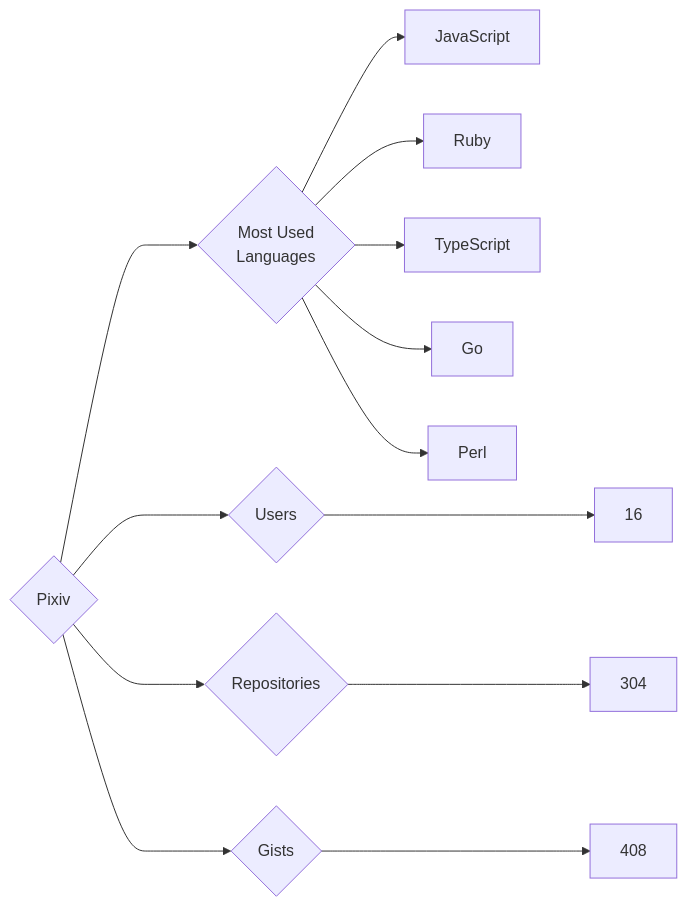
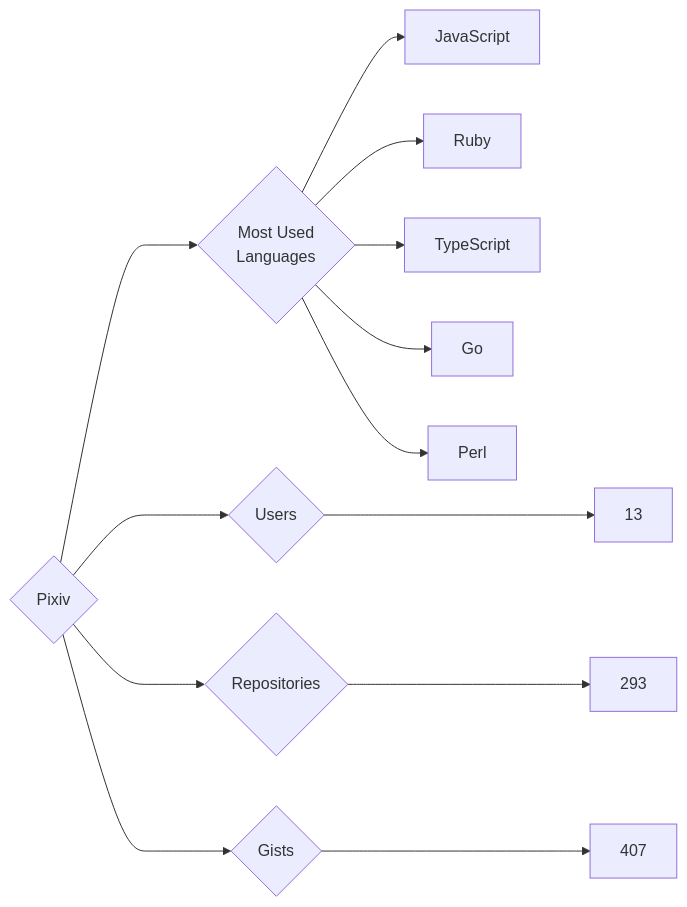
Before and after one commit to trickest/insiders: the diagram in targets/Pixiv/README.md, drawn with Mermaid. The commit also changed 939 other files, not shown here.

````diff
--- a/targets/Pixiv/README.md
+++ b/targets/Pixiv/README.md
@@ -3,13 +3,13 @@
 ```mermaid
 graph LR
 COMPANY_NAME{Pixiv}
-COMPANY_NAME ---> U{Users} ---> UN[16]
-COMPANY_NAME ---> R{Repositories} ---> RN[304]
-COMPANY_NAME ---> G{Gists} ---> GN[408]
+COMPANY_NAME ---> U{Users} ---> UN[13]
+COMPANY_NAME ---> R{Repositories} ---> RN[293]
+COMPANY_NAME ---> G{Gists} ---> GN[407]
 COMPANY_NAME ---> ML{Most Used<br>Languages}
 ML --> JavaScript[JavaScript]
 ML --> Ruby[Ruby]
 ML --> TypeScript[TypeScript]
 ML --> Go[Go]
 ML --> Perl[Perl]
 ```
````
